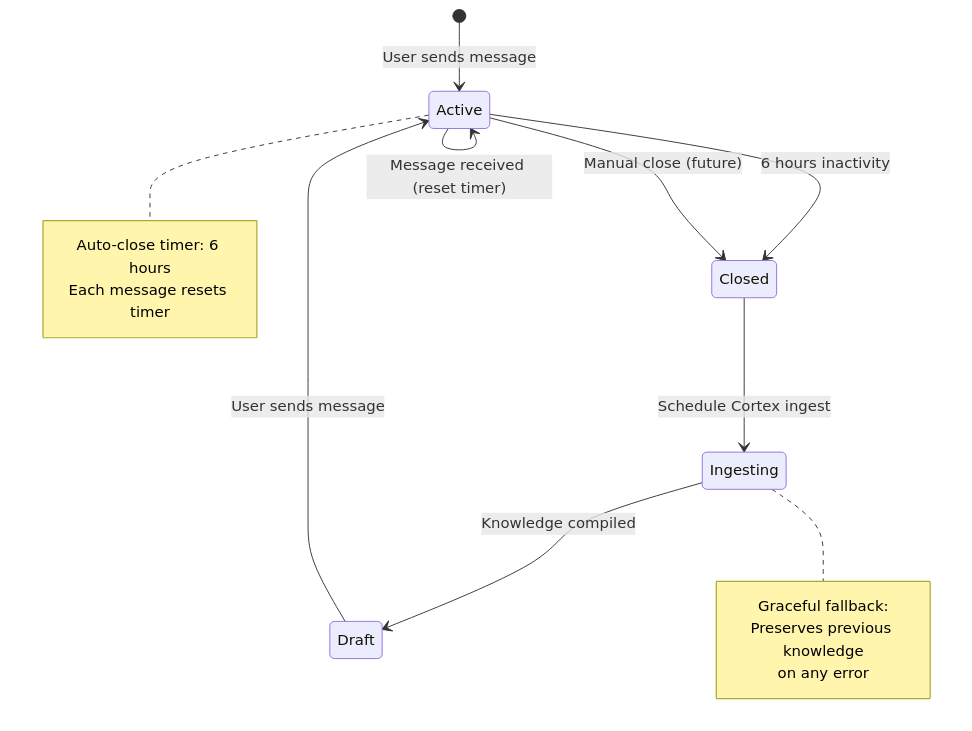
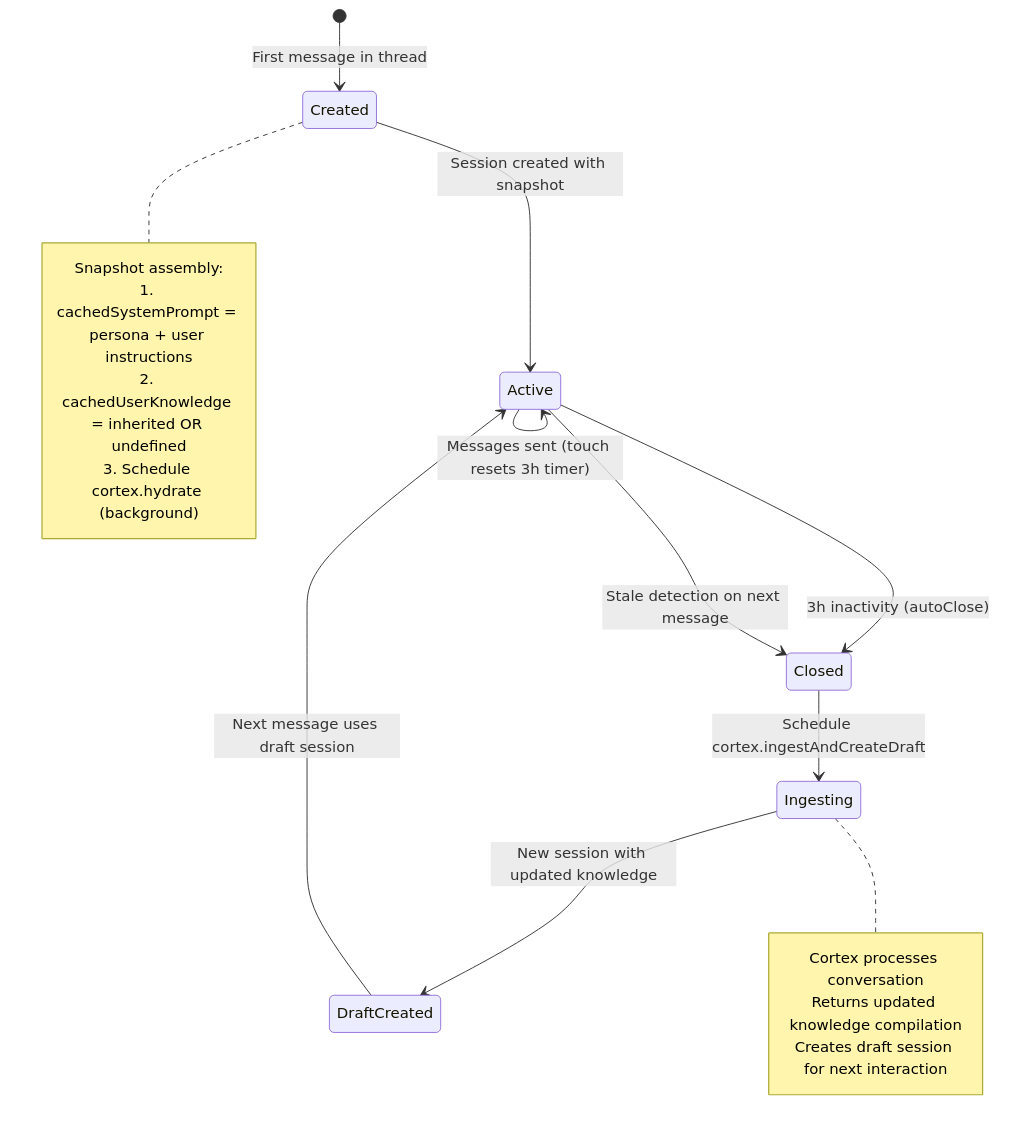
One commit to juandastic/synapse-chat-ai changed the fourth of 4 diagrams in README.md. Above: the diagram before and after it, drawn with Mermaid. The commit also changed other lines of this file and 26 other files, not shown here.

Commit message:
Add React Router DOM for multi-thread support, enhance README with core concepts and architecture details, and implement persona management features. Update session handling to improve message processing and user experience.

````diff
--- a/README.md
+++ b/README.md
@@ -304,21 +235,24 @@
 ```mermaid
 stateDiagram-v2
-    [*] --> Active: User sends message
-    Active --> Active: Message received (reset timer)
-    Active --> Closed: 6 hours inactivity
-    Closed --> Ingesting: Schedule Cortex ingest
-    Ingesting --> Draft: Knowledge compiled
-    Draft --> Active: User sends message
-    Active --> Closed: Manual close (future)
-    
-    note right of Active
-        Auto-close timer: 6 hours
-        Each message resets timer
+    [*] --> Created: First message in thread
+    Created --> Active: Session created with snapshot
+    Active --> Active: Messages sent (touch resets 3h timer)
+    Active --> Closed: 3h inactivity (autoClose)
+    Active --> Closed: Stale detection on next message
+    Closed --> Ingesting: Schedule cortex.ingestAndCreateDraft
+    Ingesting --> DraftCreated: New session with updated knowledge
+    DraftCreated --> Active: Next message uses draft session
+
+    note right of Created
+        Snapshot assembly:
+        1. cachedSystemPrompt = persona + user instructions
+        2. cachedUserKnowledge = inherited OR undefined
+        3. Schedule cortex.hydrate (background)
     end note
-    
+
     note right of Ingesting
-        Graceful fallback:
-        Preserves previous knowledge
-        on any error
+        Cortex processes conversation
+        Returns updated knowledge compilation
+        Creates draft session for next interaction
     end note
 ```
````
